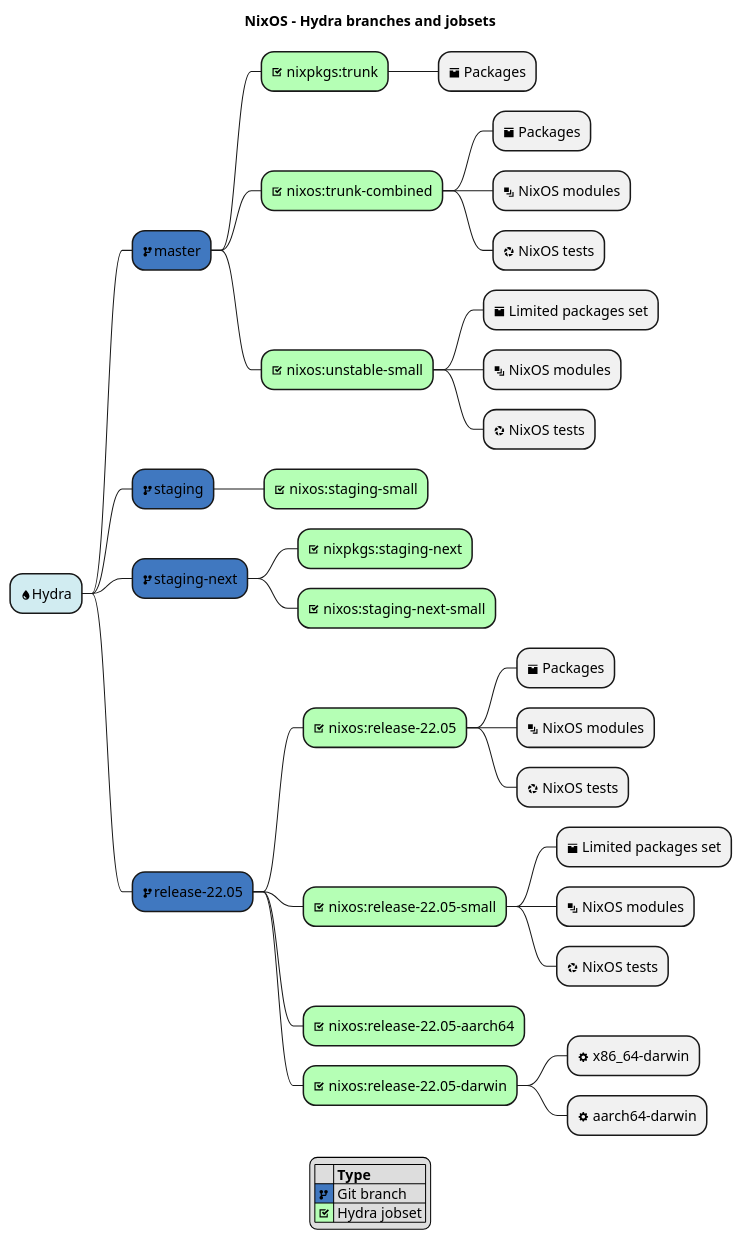
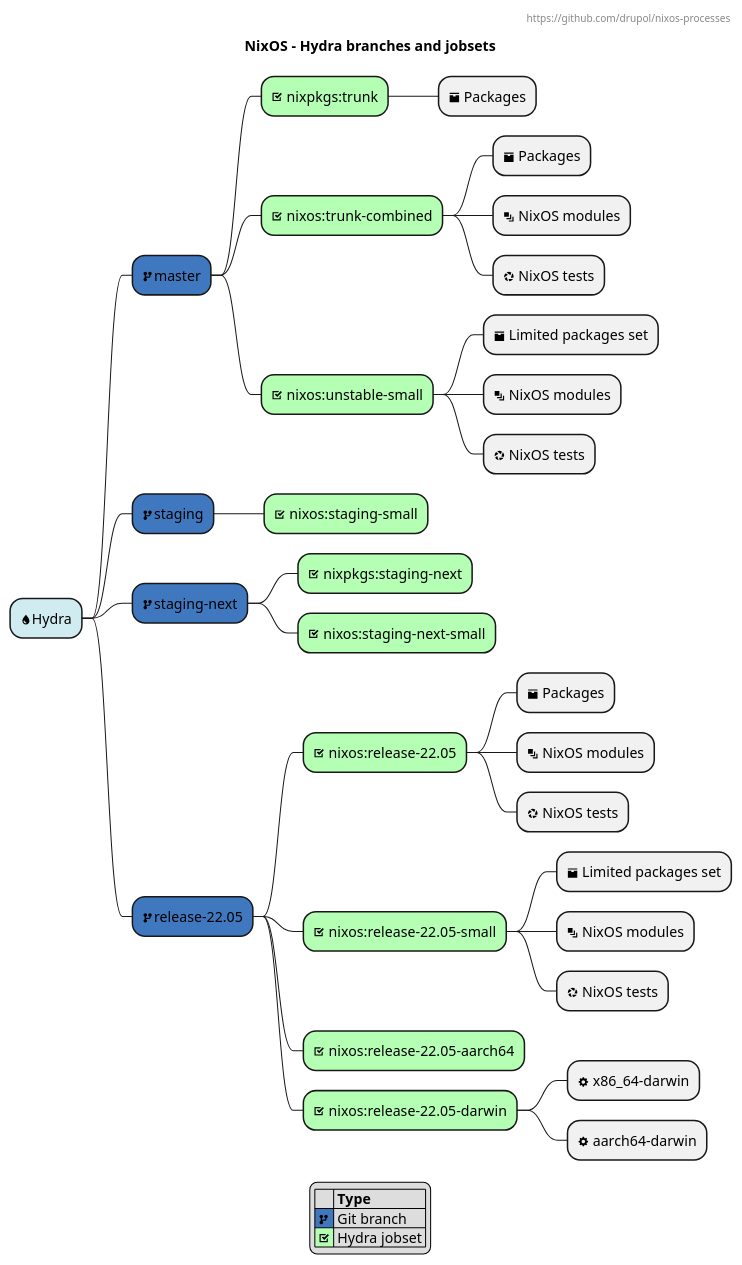
Before and after one commit to drupol/nixos-processes: the diagram in src/hydra.plantuml, drawn with PlantUML. The commit also changed 2 other files, not shown here.

Commit message:
Update `Hydra` diagrams.

```diff
--- a/src/hydra.plantuml
+++ b/src/hydra.plantuml
@@ -1,55 +1,58 @@
 @startmindmap
 title NixOS - Hydra branches and jobsets
+header
+https://github.com/drupol/nixos-processes
+endheader
 
 <style>
 mindmapDiagram {
   :depth(0) {
     BackGroundColor d1ecf1
   }
   :depth(1) {
     BackGroundColor 4078c0
   }
   :depth(2) {
     BackGroundColor b5ffb5
   }
 }
 </style>
 
 * <&droplet>Hydra
 ** <&fork>master
 *** <&task> nixpkgs:trunk
 **** <&box> Packages
 *** <&task> nixos:trunk-combined
 **** <&box> Packages
 **** <&layers> NixOS modules
 **** <&aperture> NixOS tests
 *** <&task> nixos:unstable-small
 **** <&box> Limited packages set
 **** <&layers> NixOS modules
 **** <&aperture> NixOS tests
 ** <&fork>staging
 *** <&task> nixos:staging-small
 ** <&fork>staging-next
 *** <&task> nixpkgs:staging-next
 *** <&task> nixos:staging-next-small
 ** <&fork>release-22.05
 *** <&task> nixos:release-22.05
 **** <&box> Packages
 **** <&layers> NixOS modules
 **** <&aperture> NixOS tests
 *** <&task> nixos:release-22.05-small
 **** <&box> Limited packages set
 **** <&layers> NixOS modules
 **** <&aperture> NixOS tests
 *** <&task> nixos:release-22.05-aarch64
 *** <&task> nixos:release-22.05-darwin
 **** <&cog> x86_64-darwin
 **** <&cog> aarch64-darwin
 
 legend
 |= |= Type |
 | <#4078c0> <&fork> | Git branch |
 | <#b5ffb5> <&task> | Hydra jobset |
 endlegend
 
 @endmindmap
```
